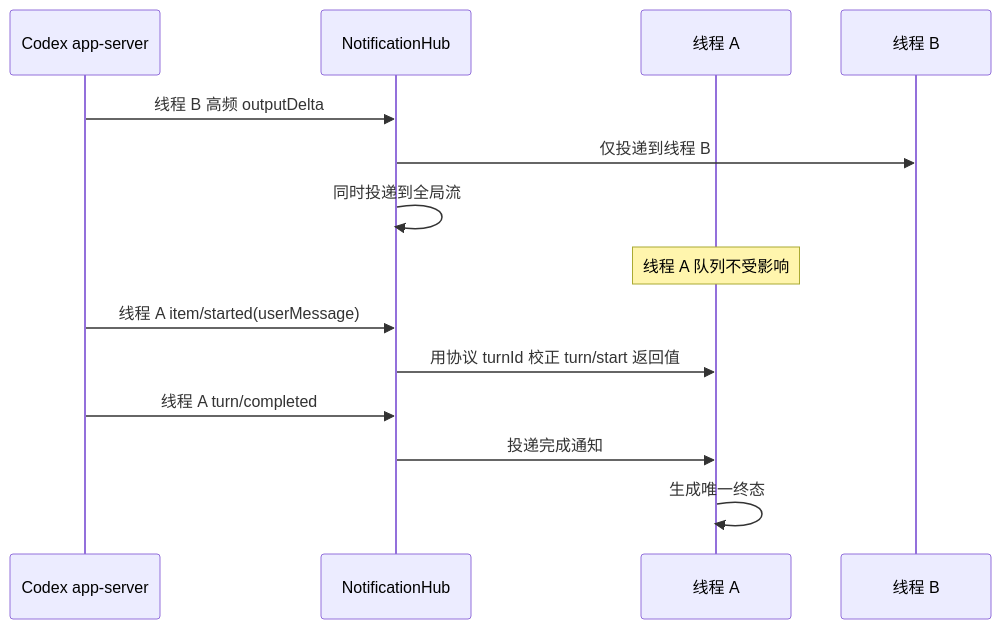
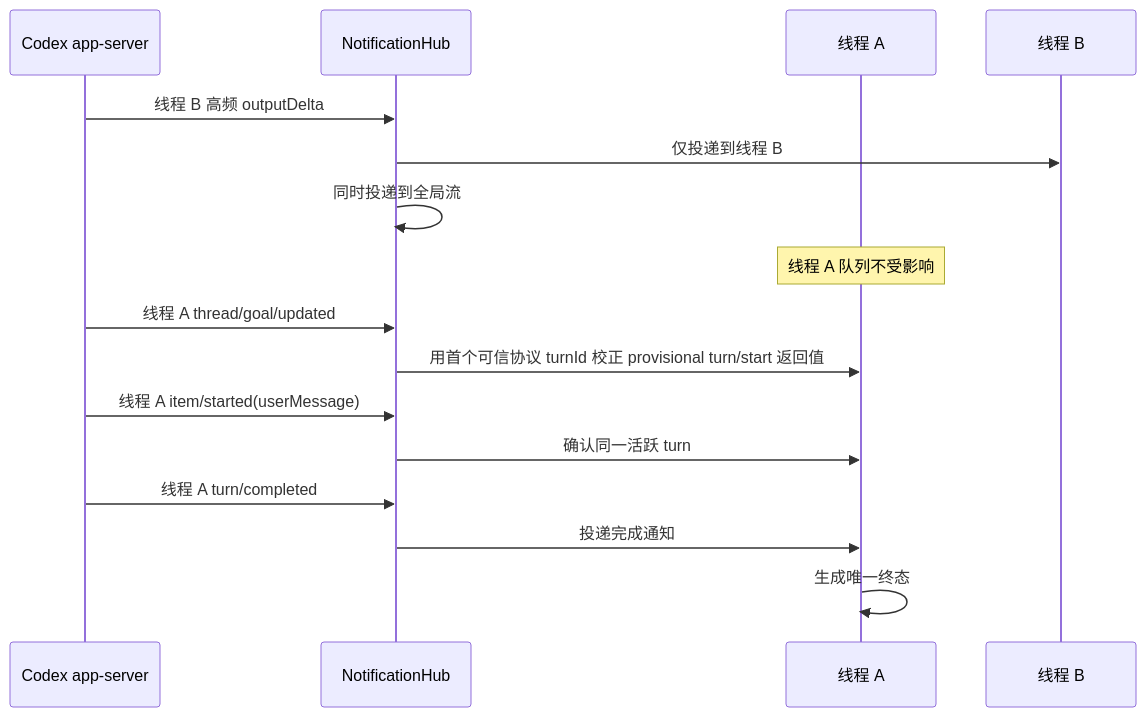
One commit to wecode-ai/wegent-docs changed the second of 2 diagrams in i18n/zh/docusaurus-plugin-content-docs/current/architecture/codex-notification-routing.md. Above: the diagram before and after it, drawn with Mermaid. The commit also changed other lines of this file and 1 other file, not shown here.

Commit message:
Sync documentation from main Wegent repository

````diff
--- a/i18n/zh/docusaurus-plugin-content-docs/current/architecture/codex-notification-routing.md
+++ b/i18n/zh/docusaurus-plugin-content-docs/current/architecture/codex-notification-routing.md
@@ -28,16 +28,18 @@
 ```mermaid
 sequenceDiagram
     participant C as Codex app-server
     participant H as NotificationHub
     participant A as 线程 A
     participant B as 线程 B
     C->>H: 线程 B 高频 outputDelta
     H->>B: 仅投递到线程 B
     H->>H: 同时投递到全局流
     Note over A: 线程 A 队列不受影响
+    C->>H: 线程 A thread/goal/updated
+    H->>A: 用首个可信协议 turnId 校正 provisional turn/start 返回值
     C->>H: 线程 A item/started(userMessage)
-    H->>A: 用协议 turnId 校正 turn/start 返回值
+    H->>A: 确认同一活跃 turn
     C->>H: 线程 A turn/completed
     H->>A: 投递完成通知
     A->>A: 生成唯一终态
 ```
````
